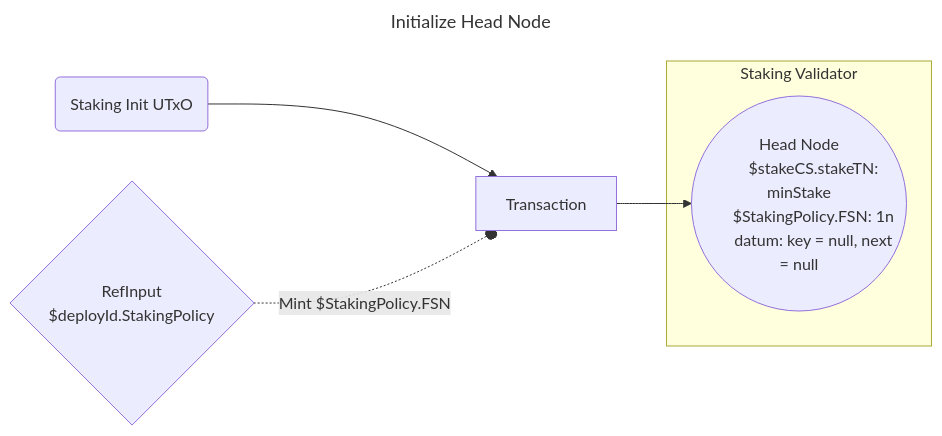
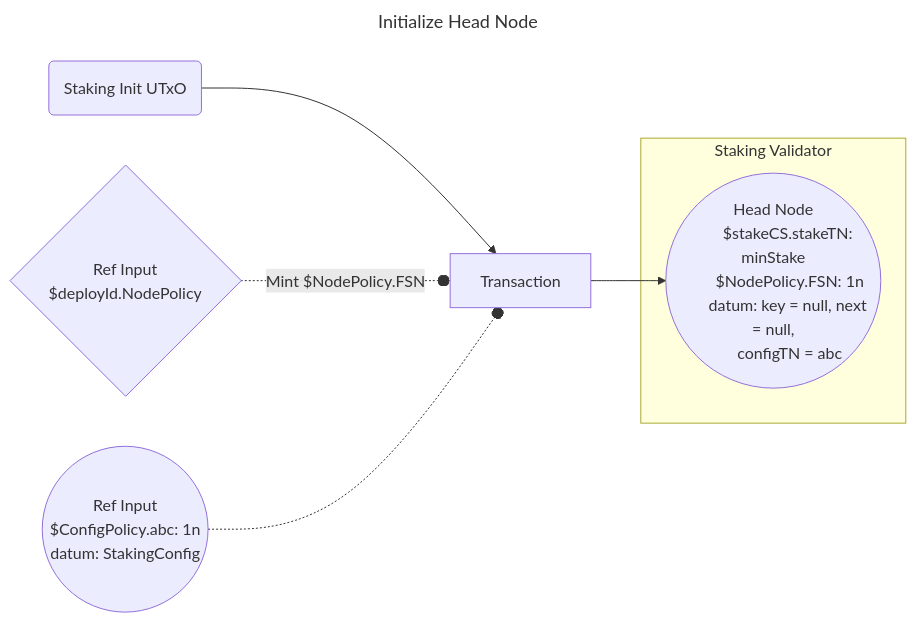
Before and after one commit to Anastasia-Labs/single-asset-staking-offchain: the fifth of 9 diagrams in README.md, drawn with Mermaid. The commit also changed other lines of this file, not shown here.

````diff
--- a/README.md
+++ b/README.md
@@ -190,18 +206,22 @@
 ```mermaid
 ---
 title: Initialize Head Node
 ---
 graph LR
     I1(Staking Init UTxO)
     TX[ Transaction ]
     subgraph Staking Validator
     O1(("Head Node
         $stakeCS.stakeTN: minStake
-        $StakingPolicy.FSN: 1n 
-        datum: key = null, next = null"))
+        $NodePolicy.FSN: 1n
+        datum: key = null, next = null,
+        configTN = abc"))
     end
     I1 --> TX
-    MP{"RefInput
-      $deployId.StakingPolicy"}  -.-o|Mint $StakingPolicy.FSN| TX
+    MP{"Ref Input
+      $deployId.NodePolicy"}  -.-o|Mint $NodePolicy.FSN| TX
     TX --> O1
+    R1(("Ref Input
+        $ConfigPolicy.abc: 1n
+        datum: StakingConfig")) -.-o TX
 ```
````
